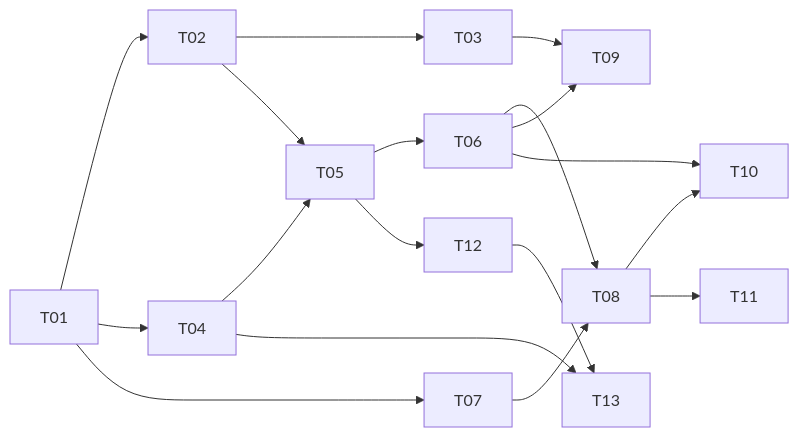
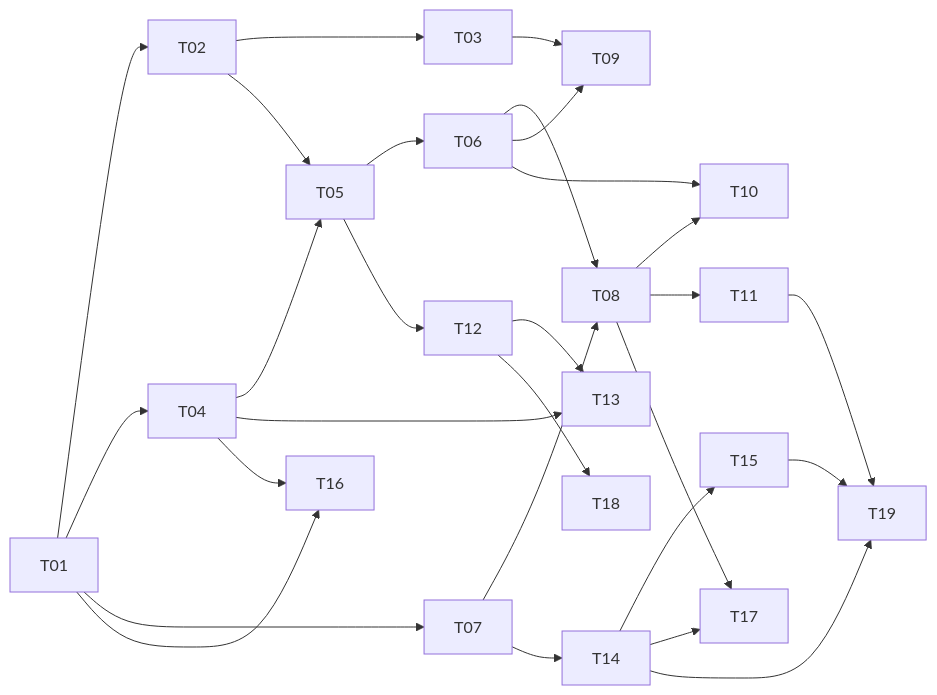
Before and after one commit to HeliosPersonal/jobhunter: the diagram in docs/features/f4-cv-matching-ranking/tasks/tracker.md, drawn with Mermaid. The commit also changed other lines of this file and 16 other files, not shown here.

````diff
--- a/docs/features/f4-cv-matching-ranking/tasks/tracker.md
+++ b/docs/features/f4-cv-matching-ranking/tasks/tracker.md
@@ -40,15 +54,24 @@
 ```mermaid
 graph LR
   T01 --> T02 --> T03
   T01 --> T04 --> T05 --> T06
   T02 --> T05
   T01 --> T07 --> T08
   T06 --> T08
   T03 --> T09
   T06 --> T09
   T05 --> T12 --> T13
   T04 --> T13
   T06 --> T10
   T08 --> T10
   T08 --> T11
+  T07 --> T14 --> T15
+  T14 --> T17
+  T08 --> T17
+  T01 --> T16
+  T04 --> T16
+  T12 --> T18
+  T11 --> T19
+  T14 --> T19
+  T15 --> T19
 ```
````
